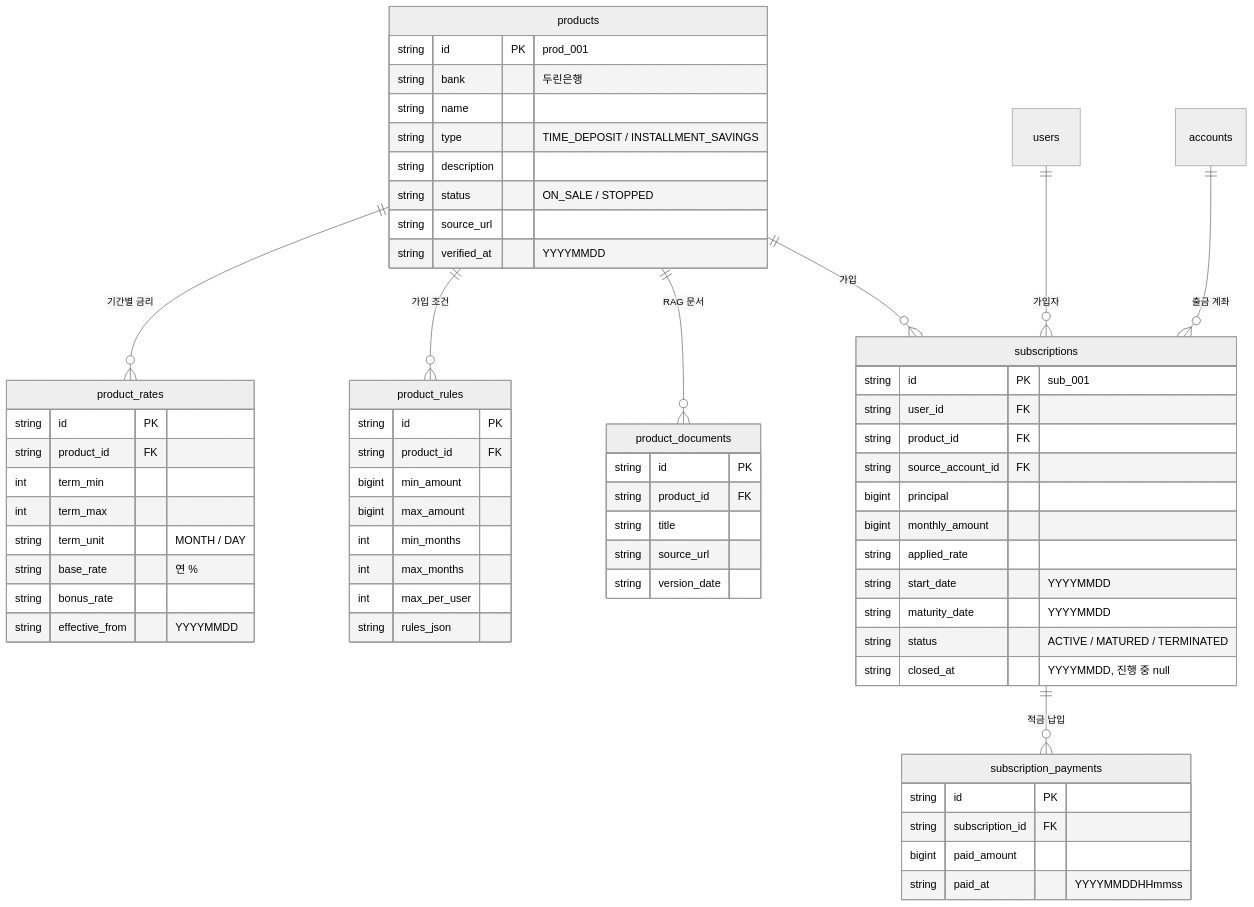
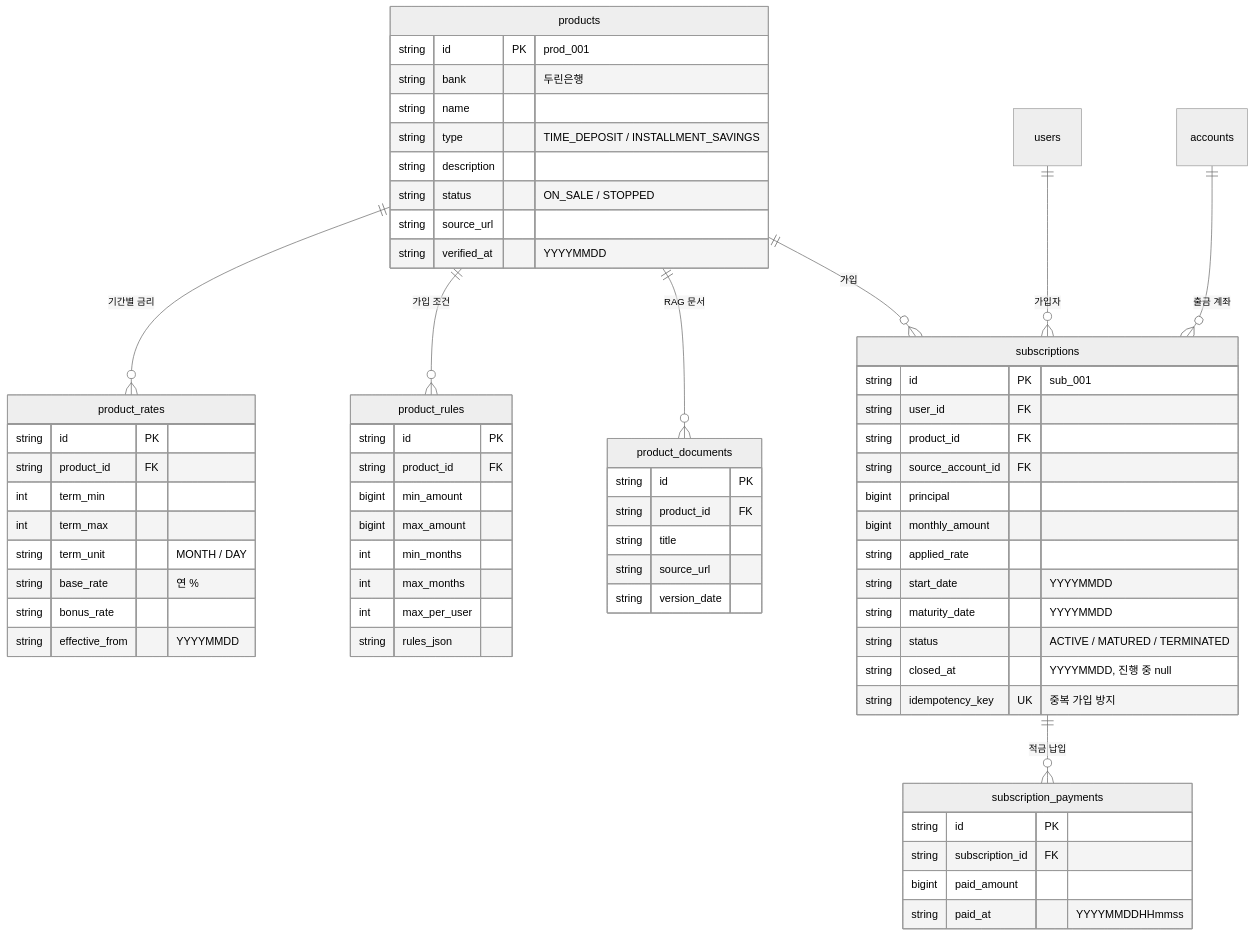
One commit to yellowgreenbean/midproject_ai_agent changed the fifth of 7 diagrams in docs/ERD.md. Above: the diagram before and after it, drawn with Mermaid (neutral theme). The commit also changed other lines of this file and 6 other files, not shown here.

````diff
--- a/docs/ERD.md
+++ b/docs/ERD.md
@@ -351,67 +353,68 @@
 ```mermaid
 erDiagram
     products ||--o{ product_rates : "기간별 금리"
     products ||--o{ product_rules : "가입 조건"
     products ||--o{ product_documents : "RAG 문서"
     products ||--o{ subscriptions : "가입"
     users ||--o{ subscriptions : "가입자"
     accounts ||--o{ subscriptions : "출금 계좌"
     subscriptions ||--o{ subscription_payments : "적금 납입"
 
     products {
         string id PK "prod_001"
         string bank "두린은행"
         string name
         string type "TIME_DEPOSIT / INSTALLMENT_SAVINGS"
         string description
         string status "ON_SALE / STOPPED"
         string source_url
         string verified_at "YYYYMMDD"
     }
     product_rates {
         string id PK
         string product_id FK
         int term_min
         int term_max
         string term_unit "MONTH / DAY"
         string base_rate "연 %"
         string bonus_rate
         string effective_from "YYYYMMDD"
     }
     product_rules {
         string id PK
         string product_id FK
         bigint min_amount
         bigint max_amount
         int min_months
         int max_months
         int max_per_user
         string rules_json
     }
     subscriptions {
         string id PK "sub_001"
         string user_id FK
         string product_id FK
         string source_account_id FK
         bigint principal
         bigint monthly_amount
         string applied_rate
         string start_date "YYYYMMDD"
         string maturity_date "YYYYMMDD"
         string status "ACTIVE / MATURED / TERMINATED"
         string closed_at "YYYYMMDD, 진행 중 null"
+        string idempotency_key UK "중복 가입 방지"
     }
     subscription_payments {
         string id PK
         string subscription_id FK
         bigint paid_amount
         string paid_at "YYYYMMDDHHmmss"
     }
     product_documents {
         string id PK
         string product_id FK
         string title
         string source_url
         string version_date
     }
 ```
````
